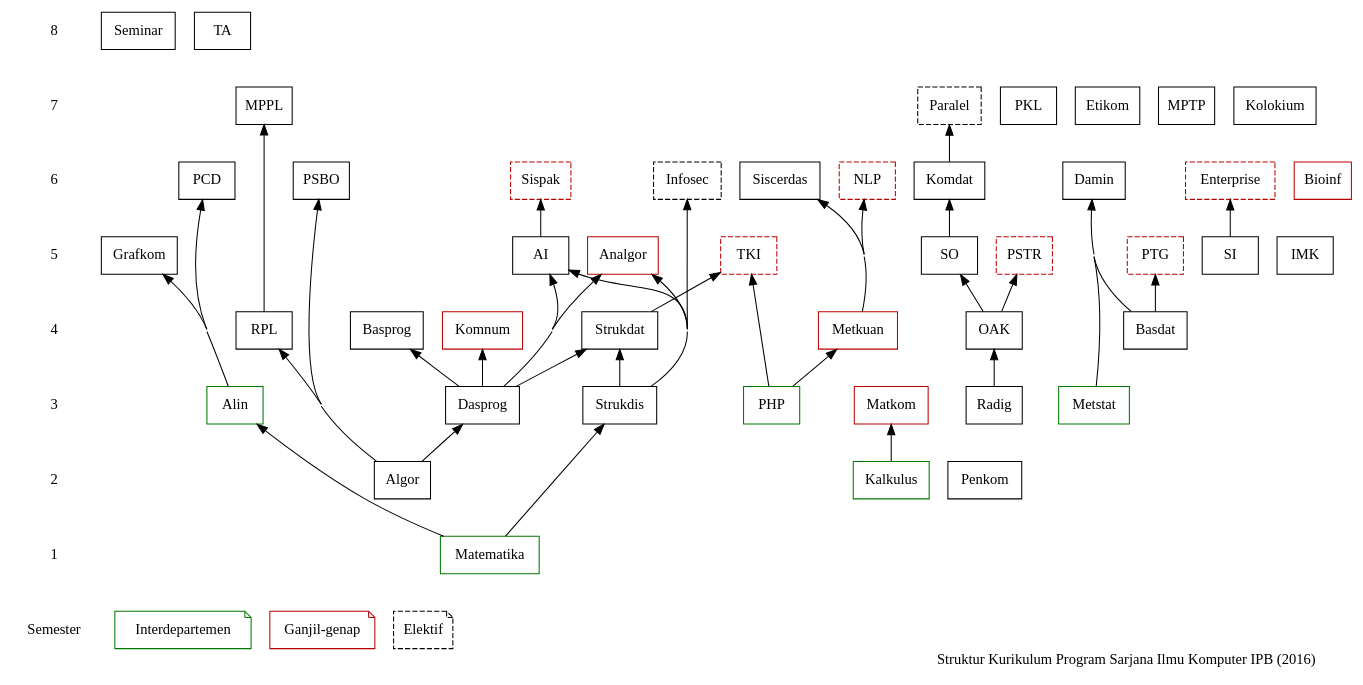
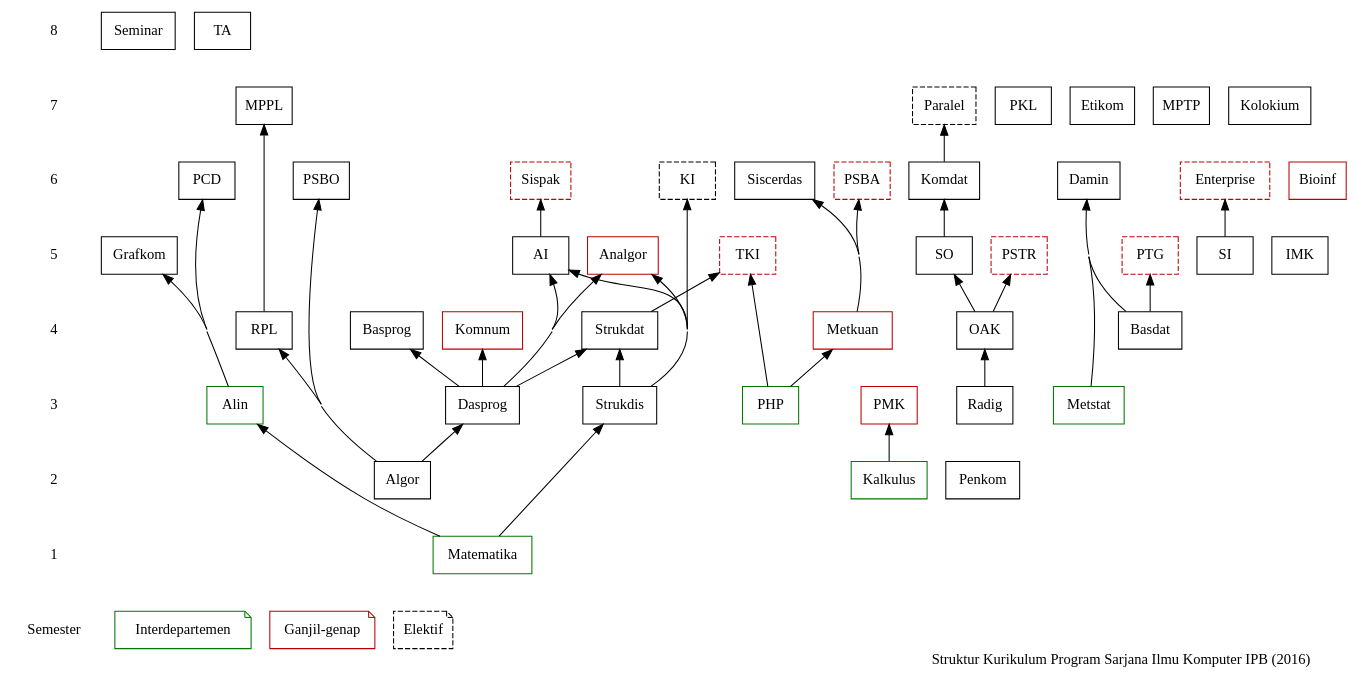
Before and after one commit to auriza/s1kom: the diagram in mk2016.dot, drawn with Graphviz. The commit also changed 5 other files, not shown here.

Commit message:
Change Matkom -> PMK, Infosec -> KI, NLP -> PSBA

```diff
--- a/mk2016.dot
+++ b/mk2016.dot
@@ -1,74 +1,74 @@
 digraph kom2016
 {
     node [shape="box"; fontname="Fira Sans"]
     edge [dir="back"]
     concentrate="true"
 
     # semester
     subgraph sem {
         node [shape="plaintext"]
         edge [style="invis"]
         8 -> 7 -> 6 -> 5 -> 4 -> 3 -> 2 -> 1 -> Semester
     }
 
     # mayor
     {rank="same" 1 Matematika}
     {rank="same" 2 Algor Kalkulus Penkom}
-    {rank="same" 3 Dasprog Alin Strukdis Radig Metstat PHP Matkom}
+    {rank="same" 3 Dasprog Alin Strukdis Radig Metstat PHP PMK}
     {rank="same" 4 Basprog Strukdat RPL OAK Basdat Metkuan Komnum}
     {rank="same" 5 AI Grafkom SO SI IMK Analgor}
     {rank="same" 6 PCD PSBO Komdat Damin Siscerdas Bioinf}
     {rank="same" 7 PKL Etikom MPTP MPPL Kolokium}
     {rank="same" 8 Seminar TA}
     Dasprog -> Algor
     Alin -> Matematika
     Strukdis -> Matematika
-    Matkom -> Kalkulus
+    PMK -> Kalkulus
     Basprog -> Dasprog
     OAK -> Radig
     Strukdat -> {Dasprog Strukdis}
     RPL -> Algor
     Komnum -> Dasprog
     Metkuan -> PHP
     AI -> {Dasprog Strukdis}        // -> Strukdat ?
     Grafkom -> Alin
     SO -> OAK
     Analgor -> {Dasprog Strukdis}   // -> Strukdat ?
     Komdat -> SO
     Siscerdas -> Metkuan
     PCD -> Alin
     Damin -> {Basdat Metstat}
     PSBO -> Algor
     MPPL -> RPL
 
     #interdep
     Matematika, Kalkulus, Metstat, Alin, PHP, Bioinf [color="#007700"]
 
     # elektif
-    PSTR, PTG, TKI, Infosec, Sispak, Enterprise, NLP, Paralel [style="dashed"]
+    PSTR, PTG, TKI, KI, Sispak, Enterprise, PSBA, Paralel [style="dashed"]
     {rank="same" 5 PSTR, PTG, TKI}
-    {rank="same" 6 Infosec, Sispak, Enterprise, NLP}
+    {rank="same" 6 KI, Sispak, Enterprise, PSBA}
     {rank="same" 7 Paralel}
     PSTR -> OAK
     PTG -> Basdat
     TKI -> {PHP Strukdat}
-    Infosec -> Strukdis
+    KI -> Strukdis
     Sispak -> AI
     Enterprise -> SI
-    NLP -> Metkuan
+    PSBA -> Metkuan
     Paralel -> Komdat
 
     # ganjil-genap
-    Matkom, Metkuan, Komnum, Analgor, PSTR, PTG, TKI, Sispak, Enterprise, NLP, Bioinf [color="#bb0000"]
+    PMK, Metkuan, Komnum, Analgor, PSTR, PTG, TKI, Sispak, Enterprise, PSBA, Bioinf [color="#bb0000"]
 
     # keterangan
     {rank="sink" Semester interdep ganjilgenap elektif}
     interdep [shape="note"; color="#007700"; label="Interdepartemen"]
     ganjilgenap [shape="note"; color="#bb0000"; label="Ganjil-genap";]
     elektif [shape="note"; style="dashed"; label="Elektif"]
 
     # title
     label="Struktur Kurikulum Program Sarjana Ilmu Komputer IPB (2016)"
     labeljust="r"
     fontname="Fira Sans"
 }
```
